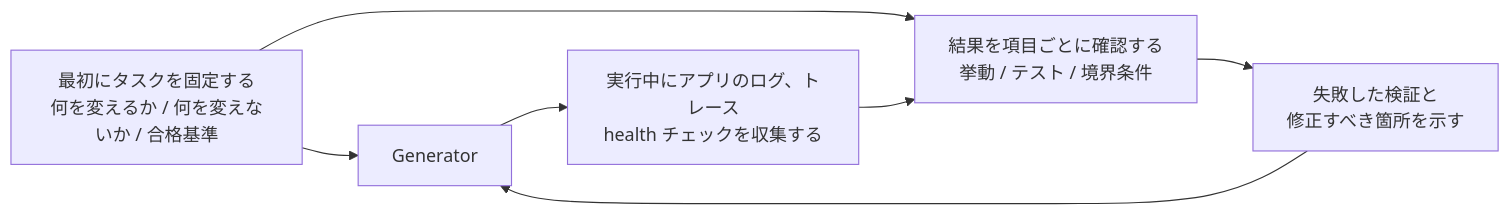
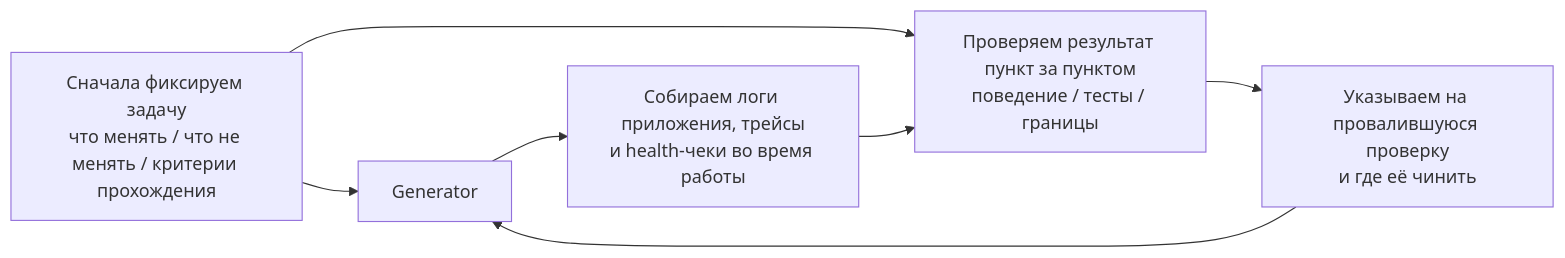
Before and after one commit to mkusaka/learn-harness-engineering: the diagram in docs/ru/lectures/lecture-11-why-observability-belongs-inside-the-harness/index.md, drawn with Mermaid. The commit also changed other lines of this file and 684 other files, not shown here.

````diff
--- a/docs/ru/lectures/lecture-11-why-observability-belongs-inside-the-harness/index.md
+++ b/docs/ru/lectures/lecture-11-why-observability-belongs-inside-the-harness/index.md
@@ -25,9 +25,9 @@
 ```mermaid
 flowchart LR
-    Contract["最初にタスクを固定する<br/>何を変えるか / 何を変えないか / 合格基準"] --> Generator["Generator"]
-    Generator --> Signals["実行中にアプリのログ、トレース<br/>health チェックを収集する"]
-    Contract --> Review["結果を項目ごとに確認する<br/>挙動 / テスト / 境界条件"]
+    Contract["Сначала фиксируем задачу<br/>что менять / что не менять / критерии прохождения"] --> Generator["Generator"]
+    Generator --> Signals["Собираем логи приложения, трейсы<br/>и health-чеки во время работы"]
+    Contract --> Review["Проверяем результат пункт за пунктом<br/>поведение / тесты / границы"]
     Signals --> Review
-    Review --> Verdict["失敗した検証と<br/>修正すべき箇所を示す"]
+    Review --> Verdict["Указываем на провалившуюся проверку<br/>и где её чинить"]
     Verdict --> Generator
 ```
````
